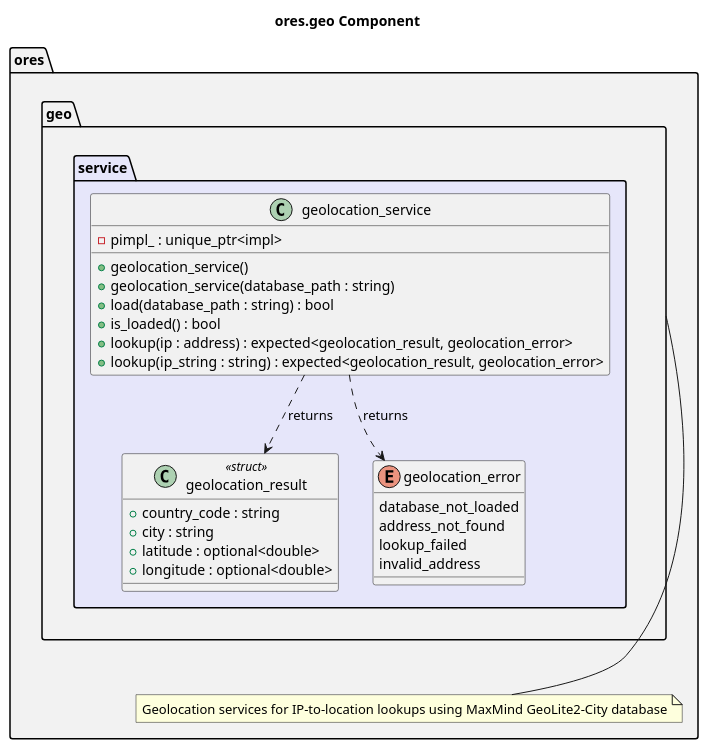
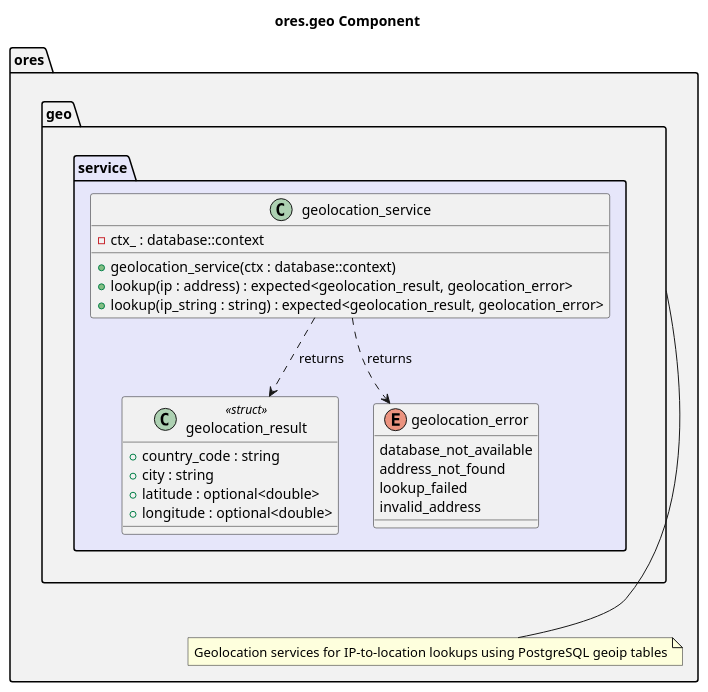
The diagram in projects/ores.geo/modeling/ores.geo.puml (OreStudio/OreStudio), drawn with PlantUML before and after one commit. The commit also changed 10 other files, not shown here.

First line of the commit message:
[geo] Switch from MaxMind mmdb to PostgreSQL-based geolocation

```diff
--- a/projects/ores.geo/modeling/ores.geo.puml
+++ b/projects/ores.geo/modeling/ores.geo.puml
@@ -17,49 +17,46 @@
 @startuml
 
 title ores.geo Component
 
 set namespaceSeparator ::
 
 namespace ores #F2F2F2 {
-    note "Geolocation services for IP-to-location lookups using MaxMind GeoLite2-City database" as ores_geo_note
+    note "Geolocation services for IP-to-location lookups using PostgreSQL geoip tables" as ores_geo_note
     geo --- ores_geo_note
     namespace geo #F2F2F2 {
 
         namespace service #E6E6FA {
 
             class geolocation_result <<struct>> {
                 +country_code : string
                 +city : string
                 +latitude : optional<double>
                 +longitude : optional<double>
             }
 
             enum geolocation_error {
-                database_not_loaded
+                database_not_available
                 address_not_found
                 lookup_failed
                 invalid_address
             }
 
             class geolocation_service {
-                +geolocation_service()
-                +geolocation_service(database_path : string)
-                +load(database_path : string) : bool
-                +is_loaded() : bool
+                +geolocation_service(ctx : database::context)
                 +lookup(ip : address) : expected<geolocation_result, geolocation_error>
                 +lookup(ip_string : string) : expected<geolocation_result, geolocation_error>
-                -pimpl_ : unique_ptr<impl>
+                -ctx_ : database::context
             }
 
             geolocation_service ..> geolocation_result : returns
             geolocation_service ..> geolocation_error : returns
 
         }
 
     }
 }
 
 ' Local Variables:
 ' compile-command: "java -Djava.awt.headless=true -DPLANTUML_SECURITY_PROFILE=UNSECURE -DPLANTUML_LIMIT_SIZE=65535 -jar /usr/share/plantuml/plantuml.jar ores.geo.puml"
 ' End:
 @enduml
```
